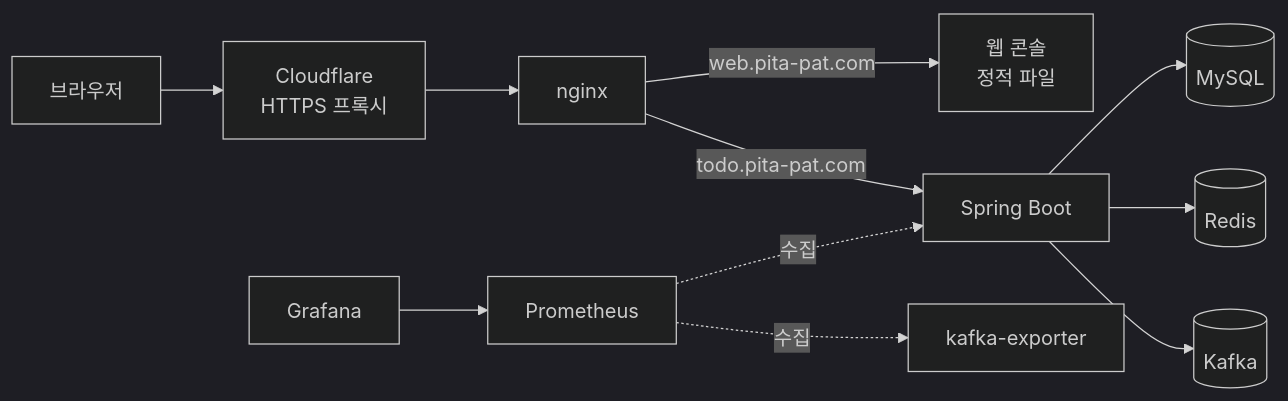
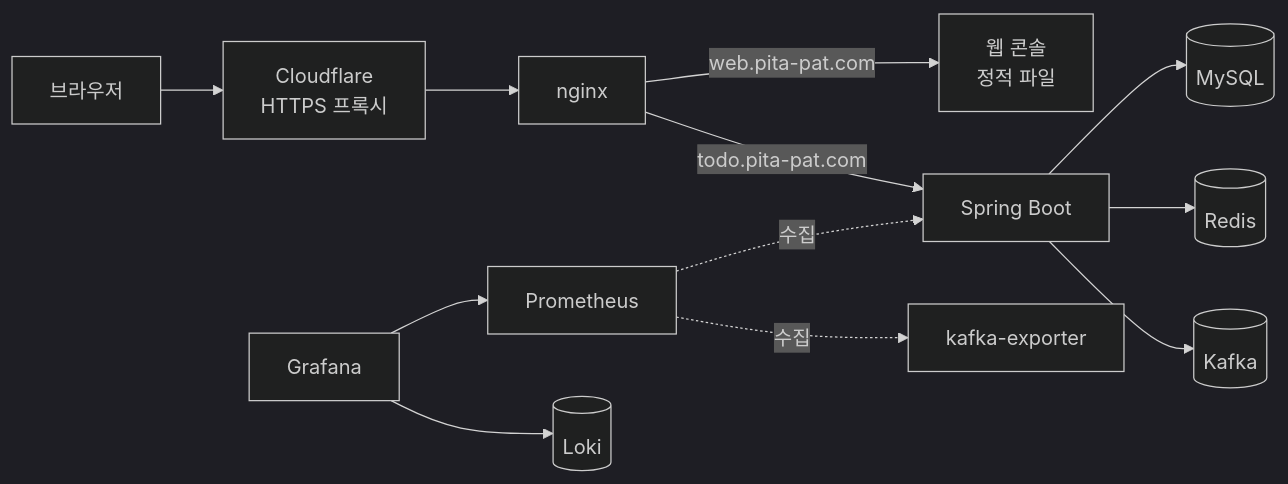
One commit to Ahn-seokjoo/todo-spring changed the first of 2 diagrams in README.md. Above: the diagram before and after it, drawn with Mermaid (dark theme). The commit also changed other lines of this file, not shown here.

````diff
--- a/README.md
+++ b/README.md
@@ -25,13 +37,14 @@
 ```mermaid
 flowchart LR
     User[브라우저] --> CF[Cloudflare<br/>HTTPS 프록시]
     CF --> Nginx[nginx]
     Nginx -->|web.pita-pat.com| Web[웹 콘솔<br/>정적 파일]
     Nginx -->|todo.pita-pat.com| App[Spring Boot]
     App --> MySQL[(MySQL)]
     App --> Redis[(Redis)]
     App --> Kafka[(Kafka)]
     Prom[Prometheus] -.->|수집| App
     Prom -.->|수집| Exp[kafka-exporter]
     Grafana[Grafana] --> Prom
+    Grafana --> Loki[(Loki)]
 ```
````
